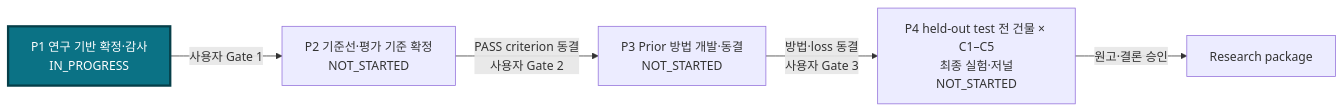
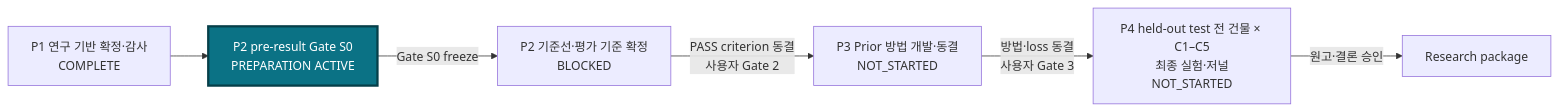
Before and after one commit to hwiyoung/JointBuildGS: the first of 3 diagrams in docs/research/01_MASTER_ROADMAP.md, drawn with Mermaid. The commit also changed other lines of this file and 18 other files, not shown here.

````diff
--- a/docs/research/01_MASTER_ROADMAP.md
+++ b/docs/research/01_MASTER_ROADMAP.md
@@ -36,9 +39,10 @@
 ```mermaid
 flowchart LR
-    P1["P1 연구 기반 확정·감사<br/>IN_PROGRESS"] -->|사용자 Gate 1| P2["P2 기준선·평가 기준 확정<br/>NOT_STARTED"]
+    P1["P1 연구 기반 확정·감사<br/>COMPLETE"] --> S0["P2 pre-result Gate S0<br/>PREPARATION ACTIVE"]
+    S0 -->|Gate S0 freeze| P2["P2 기준선·평가 기준 확정<br/>BLOCKED"]
     P2 -->|PASS criterion 동결<br/>사용자 Gate 2| P3["P3 Prior 방법 개발·동결<br/>NOT_STARTED"]
     P3 -->|방법·loss 동결<br/>사용자 Gate 3| P4["P4 held-out test 전 건물 × C1–C5<br/>최종 실험·저널<br/>NOT_STARTED"]
     P4 -->|원고·결론 승인| END["Research package"]
     classDef active fill:#0b7285,color:#fff,stroke:#063f49,stroke-width:3px;
-    class P1 active;
+    class S0 active;
 ```
````
